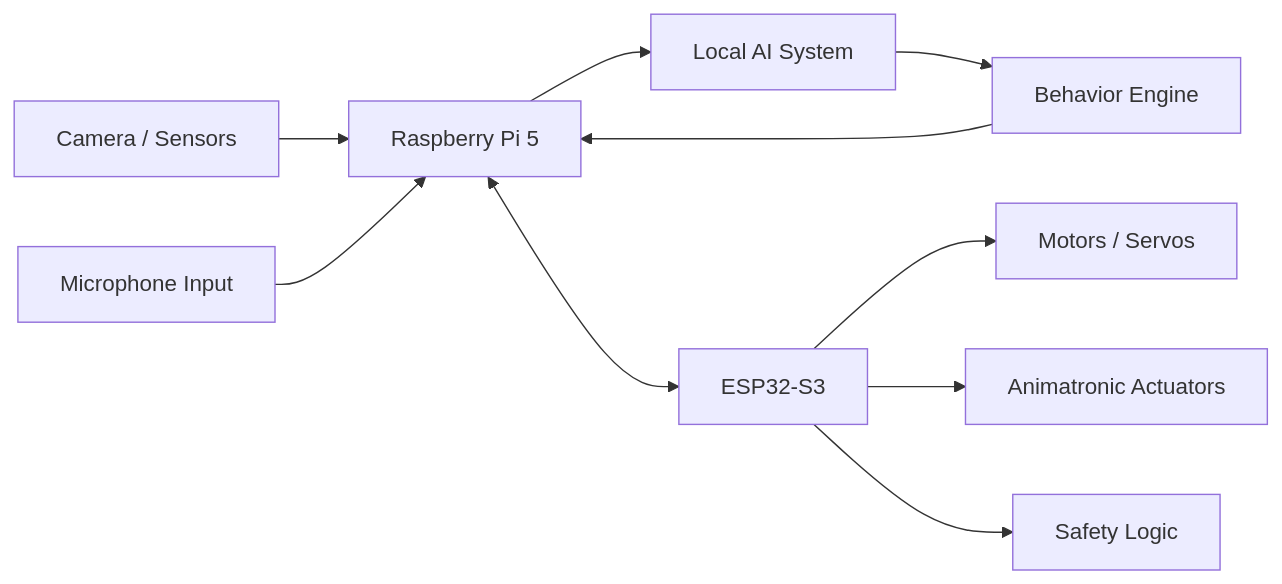
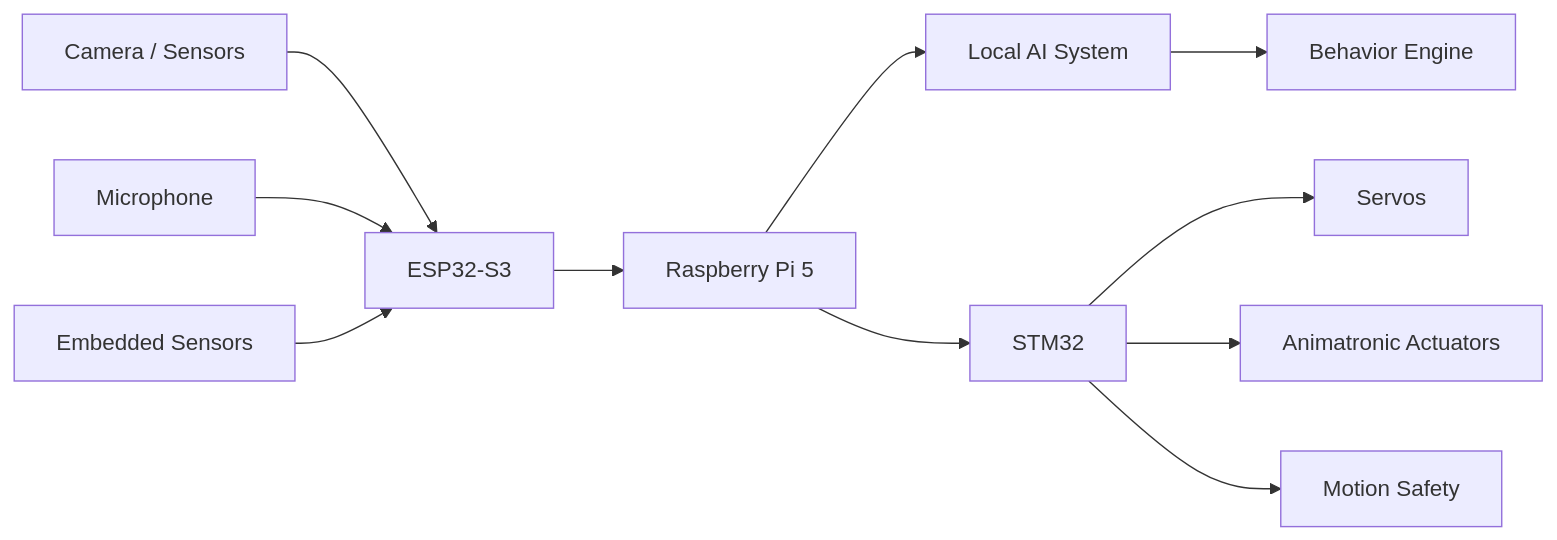
One commit to 0Zane/E.L.B.E.R.R changed the diagram in README.md. Above: the diagram before and after it, drawn with Mermaid. The commit also changed other lines of this file, not shown here.

````diff
--- a/README.md
+++ b/README.md
@@ -61,12 +60,16 @@
 ```mermaid
 flowchart LR
-    Camera[Camera / Sensors] --> Pi[Raspberry Pi 5]
-    Mic[Microphone Input] --> Pi
+    Camera[Camera / Sensors] --> ESP[ESP32-S3]
+    Mic[Microphone] --> ESP
+    Other[Embedded Sensors] --> ESP
+
+    ESP --> Pi[Raspberry Pi 5]
+
     Pi --> AI[Local AI System]
     AI --> Behavior[Behavior Engine]
-    Behavior --> Pi
-    Pi <--> ESP[ESP32-S3]
-    ESP --> Motors[Motors / Servos]
-    ESP --> Actuators[Animatronic Actuators]
-    ESP --> Safety[Safety Logic]
+
+    Pi --> STM[STM32]
+    STM --> Servos[Servos]
+    STM --> Actuators[Animatronic Actuators]
+    STM --> Safety[Motion Safety]
 ```
````
